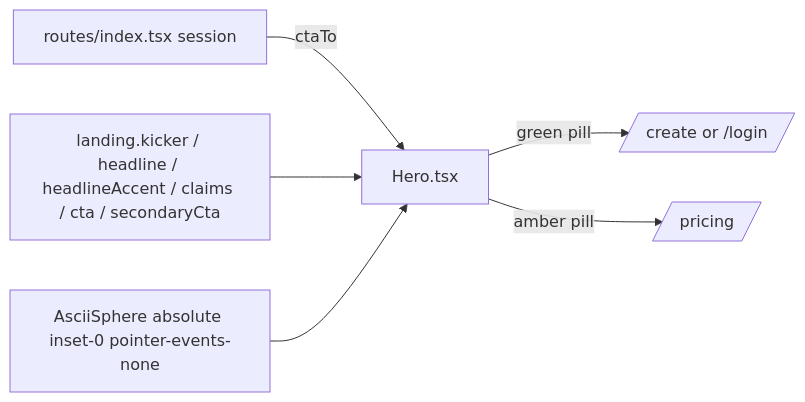
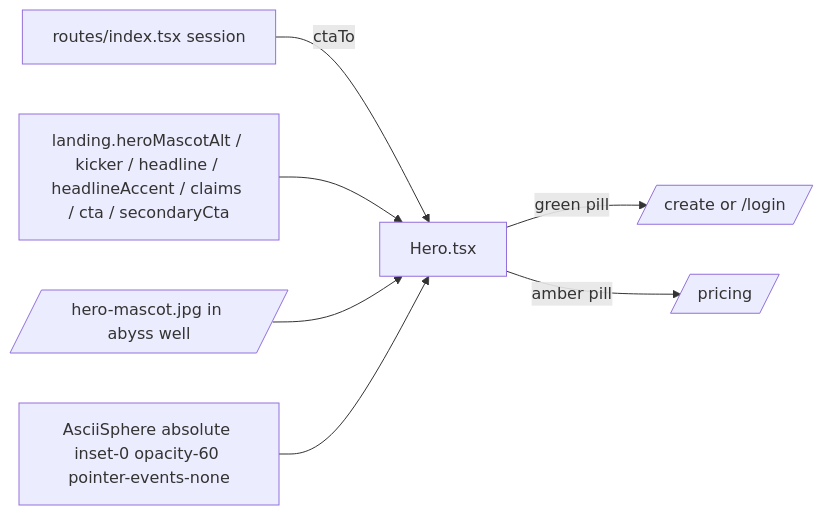
The diagram in apps/web/src/modules/Landing/components/Hero.tsx.md (AzamatRaimbekov2/openCreate), drawn with Mermaid before and after one commit. The commit also changed other lines of this file and 206 other files, not shown here.

````diff
--- a/apps/web/src/modules/Landing/components/Hero.tsx.md
+++ b/apps/web/src/modules/Landing/components/Hero.tsx.md
@@ -33,8 +41,9 @@
 ```mermaid
 flowchart LR
   Route[routes/index.tsx session] -- ctaTo --> Hero[Hero.tsx]
-  I18N[landing.kicker / headline / headlineAccent / claims / cta / secondaryCta] --> Hero
-  Sphere[AsciiSphere absolute inset-0 pointer-events-none] --> Hero
+  I18N[landing.heroMascotAlt / kicker / headline / headlineAccent / claims / cta / secondaryCta] --> Hero
+  Mascot[/hero-mascot.jpg in abyss well/] --> Hero
+  Sphere[AsciiSphere absolute inset-0 opacity-60 pointer-events-none] --> Hero
   Hero -- green pill --> Dest[/create or /login/]
   Hero -- amber pill --> Pricing[/pricing/]
 ```
````
